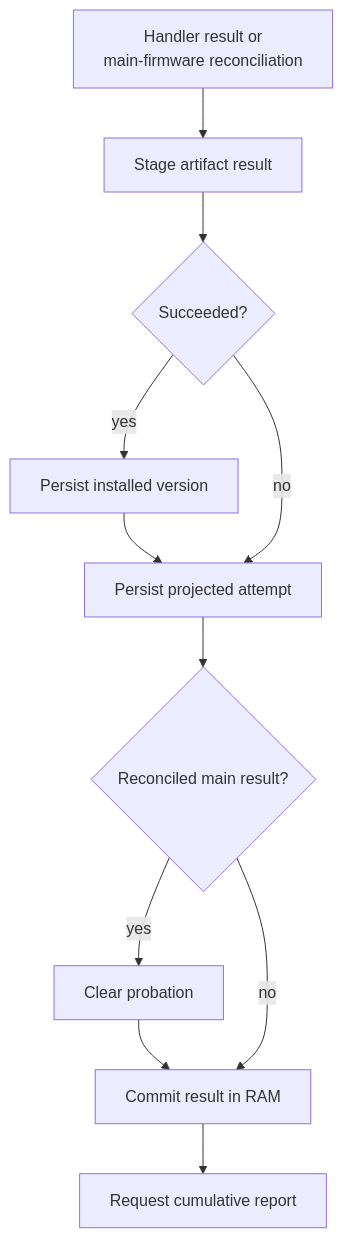
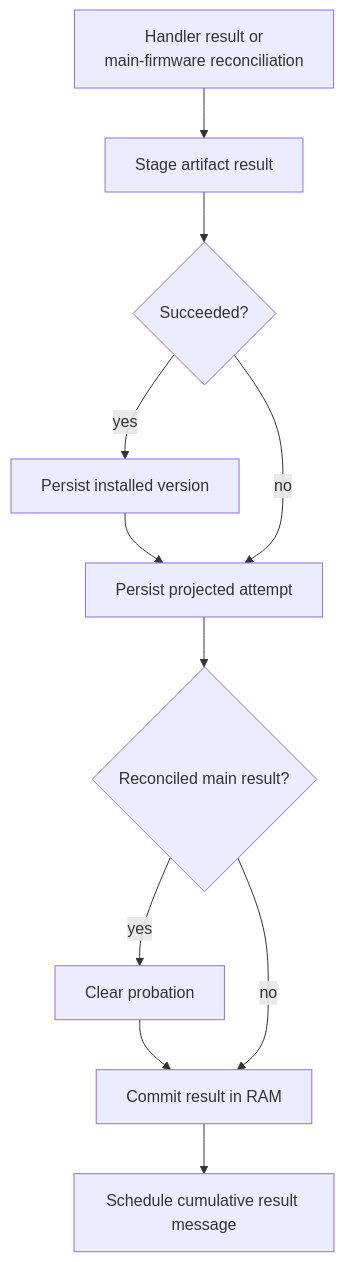
Diagram 11 of 11 in zephyr/docs/ota.md (spotflow-io/device-sdk), drawn with Mermaid before and after one commit. The commit also changed other lines of this file, not shown here.

````diff
--- a/zephyr/docs/ota.md
+++ b/zephyr/docs/ota.md
@@ -620,20 +663,20 @@
 ```mermaid
 flowchart TD
     source["Handler result or<br/>main-firmware reconciliation"]
     stage["Stage artifact result"]
     version{"Succeeded?"}
     saveVersion["Persist installed version"]
     saveAttempt["Persist projected attempt"]
     probation{"Reconciled main result?"}
     clear["Clear probation"]
     commit["Commit result in RAM"]
-    report["Request cumulative report"]
+    report["Schedule cumulative result message"]
 
     source --> stage --> version
     version -- yes --> saveVersion --> saveAttempt
     version -- no --> saveAttempt
     saveAttempt --> probation
     probation -- yes --> clear --> commit
     probation -- no --> commit
     commit --> report
 ```
````
